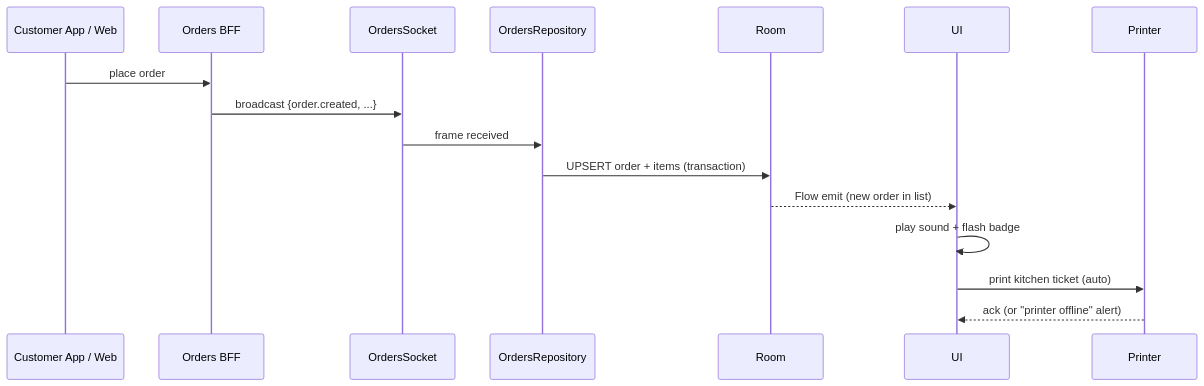
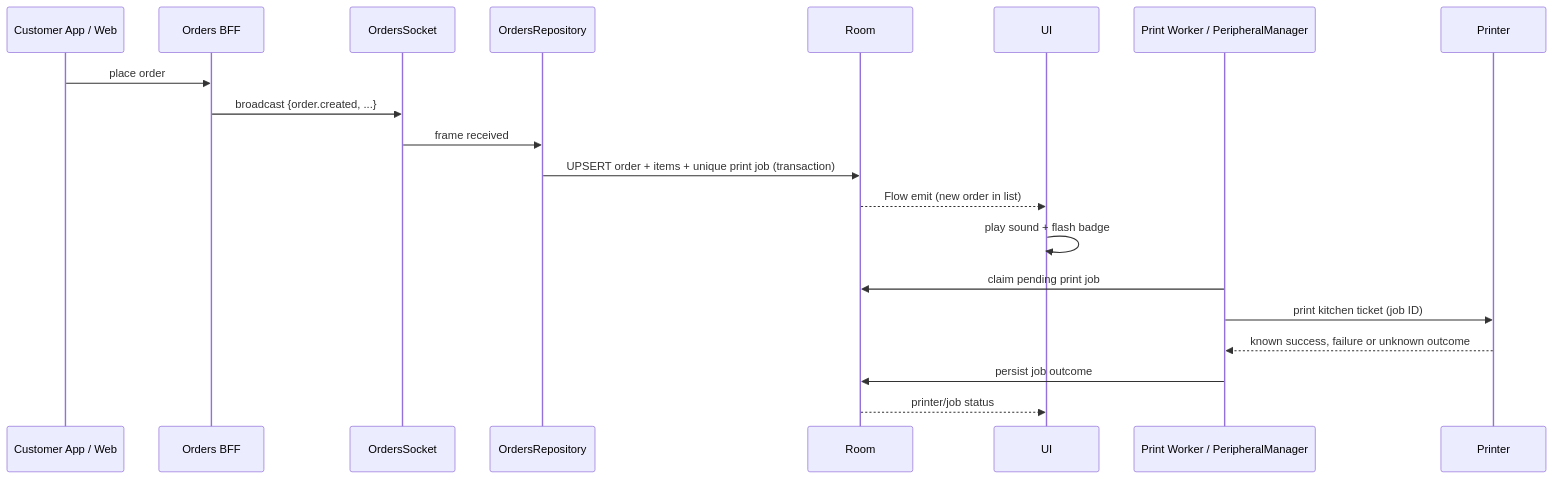
Before and after one commit to swarnsingh/android-staff-engineer-playbook-website: the second of 3 diagrams in reference-architectures/merchant-app.md, drawn with Mermaid. The commit also changed other lines of this file and 37 other files, not shown here.

Commit message:
Add the reviewed Reference Architectures chapters to the website

````diff
--- a/reference-architectures/merchant-app.md
+++ b/reference-architectures/merchant-app.md
@@ -110,19 +114,23 @@
 ```mermaid
 sequenceDiagram
     participant Cust as Customer App / Web
     participant API as Orders BFF
     participant WS as OrdersSocket
     participant Repo as OrdersRepository
     participant Room
     participant UI
+    participant Print as Print Worker / PeripheralManager
     participant Printer
 
     Cust->>API: place order
     API->>WS: broadcast {order.created, ...}
     WS->>Repo: frame received
-    Repo->>Room: UPSERT order + items (transaction)
+    Repo->>Room: UPSERT order + items + unique print job (transaction)
     Room-->>UI: Flow emit (new order in list)
     UI->>UI: play sound + flash badge
-    UI->>Printer: print kitchen ticket (auto)
-    Printer-->>UI: ack (or "printer offline" alert)
+    Print->>Room: claim pending print job
+    Print->>Printer: print kitchen ticket (job ID)
+    Printer-->>Print: known success, failure or unknown outcome
+    Print->>Room: persist job outcome
+    Room-->>UI: printer/job status
 ```
````
